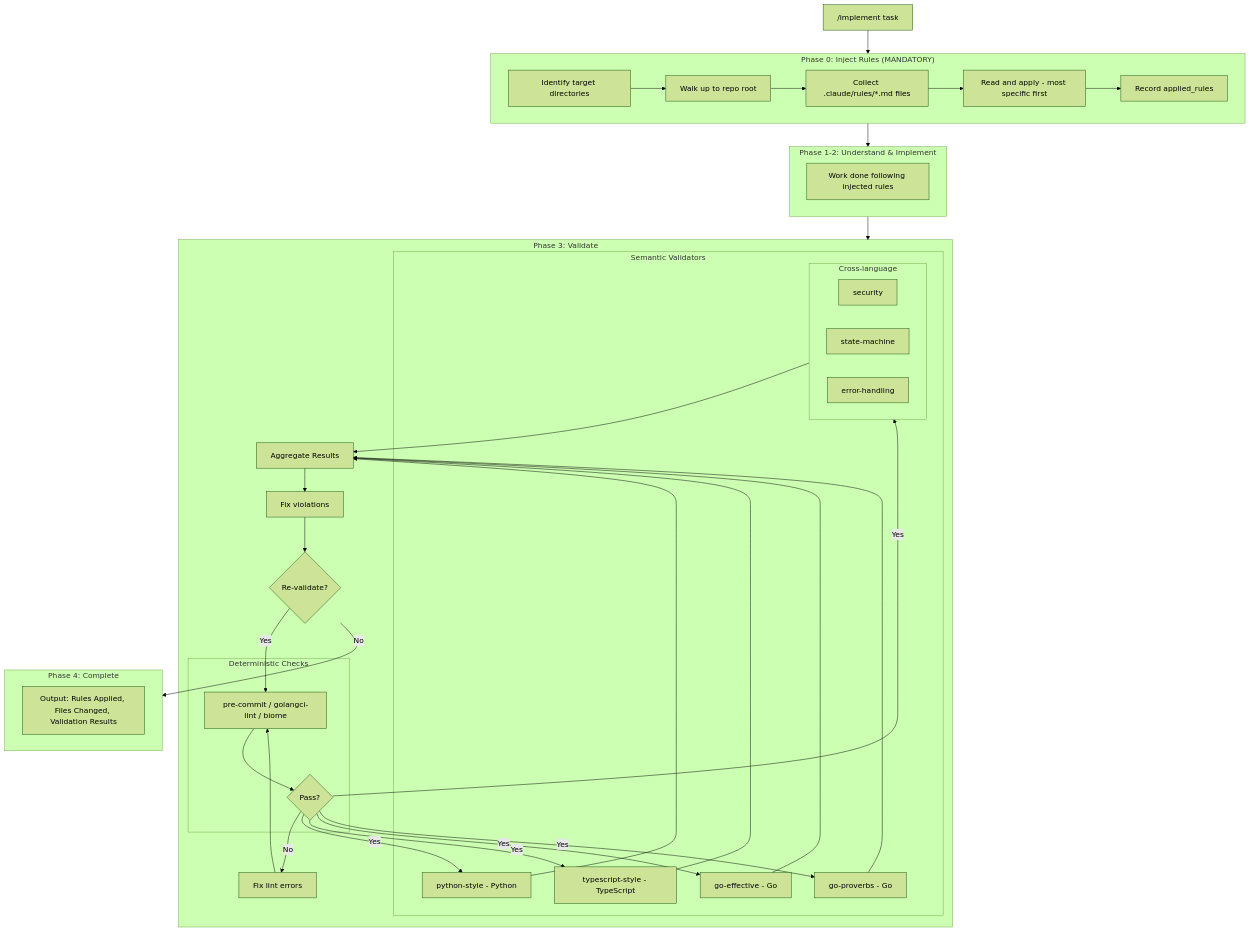
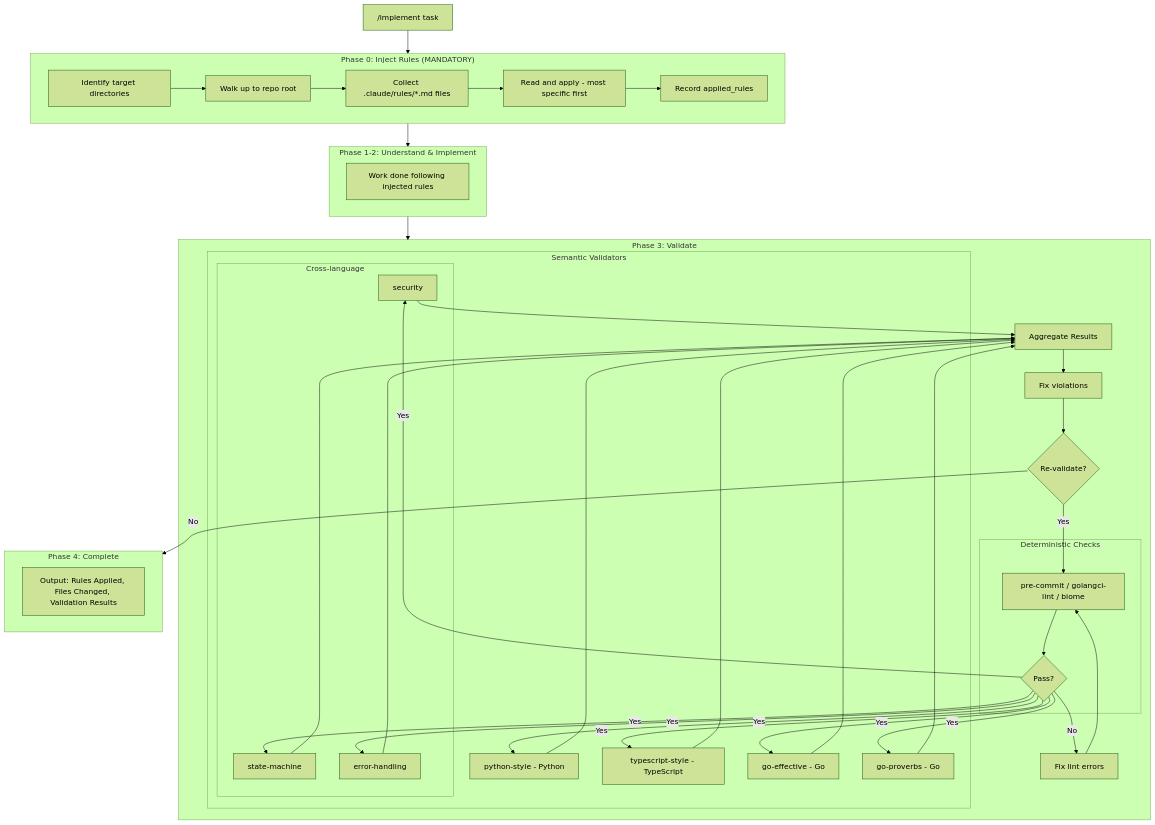
The fourth of 7 diagrams in ARCHITECTURE.md (peteski22/agent-pragma), drawn with Mermaid (forest theme) before and after one commit. The commit also changed other lines of this file and 3 other files, not shown here.

````diff
--- a/ARCHITECTURE.md
+++ b/ARCHITECTURE.md
@@ -234,56 +234,56 @@
 ```mermaid
 flowchart TD
     subgraph Phase0["Phase 0: Inject Rules (MANDATORY)"]
         P0A[Identify target directories]
         P0B[Walk up to repo root]
         P0C[Collect .claude/rules/*.md files]
         P0D[Read and apply - most specific first]
         P0E[Record applied_rules]
         P0A --> P0B --> P0C --> P0D --> P0E
     end
 
     subgraph Phase12["Phase 1-2: Understand & Implement"]
         P12[Work done following injected rules]
     end
 
     subgraph Phase3["Phase 3: Validate"]
         subgraph Deterministic["Deterministic Checks"]
             Lint[pre-commit / golangci-lint / biome]
             LintFail{Pass?}
             Lint --> LintFail
         end
 
         subgraph Semantic["Semantic Validators"]
             subgraph CrossLang2["Cross-language"]
                 SecVal[security]
                 StmVal[state-machine]
                 ErrVal[error-handling]
             end
             PyVal[python-style - Python]
             TSVal[typescript-style - TypeScript]
             GoEff[go-effective - Go]
             GoProv[go-proverbs - Go]
         end
 
         Agg[Aggregate Results]
         Fix[Fix violations]
         ReVal{Re-validate?}
 
         LintFail -->|No| FixLint[Fix lint errors]
         FixLint --> Lint
-        LintFail -->|Yes| CrossLang2 & PyVal & TSVal & GoEff & GoProv
-        CrossLang2 & PyVal & TSVal & GoEff & GoProv --> Agg
+        LintFail -->|Yes| SecVal & StmVal & ErrVal & PyVal & TSVal & GoEff & GoProv
+        SecVal & StmVal & ErrVal & PyVal & TSVal & GoEff & GoProv --> Agg
         Agg --> Fix
         Fix --> ReVal
         ReVal -->|Yes| Lint
     end
 
     subgraph Phase4["Phase 4: Complete"]
         Output[Output: Rules Applied, Files Changed, Validation Results]
     end
 
     Start["/implement task"] --> Phase0
     Phase0 --> Phase12
     Phase12 --> Phase3
     ReVal -->|No| Phase4
 ```
````
